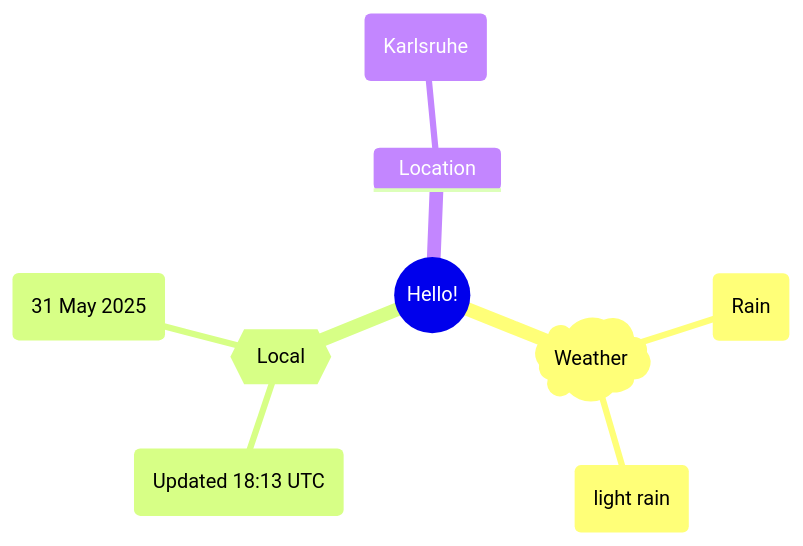
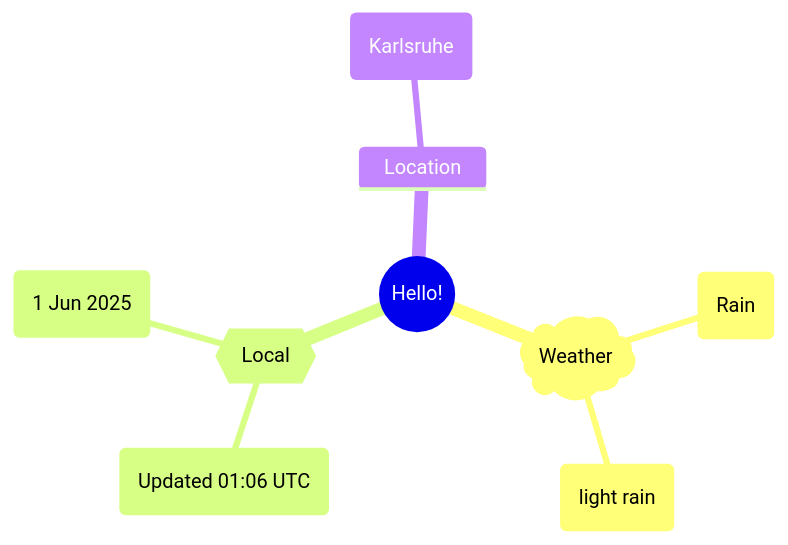
Before and after one commit to Xosrov/Xosrov: the first of 2 diagrams in README.md, drawn with Mermaid.

Commit message:
[bot] updated images

````diff
--- a/README.md
+++ b/README.md
@@ -3,12 +3,12 @@
 ```mermaid
 mindmap
   root((Hello!))
     )Weather(
         (Rain)
         (light rain)
     {{Local}}
-        (Updated 18:13 UTC)
-        (31 May 2025)
+        (Updated 01:06 UTC)
+        (1 Jun 2025)
     Location
         (Karlsruhe)
 ```
````
